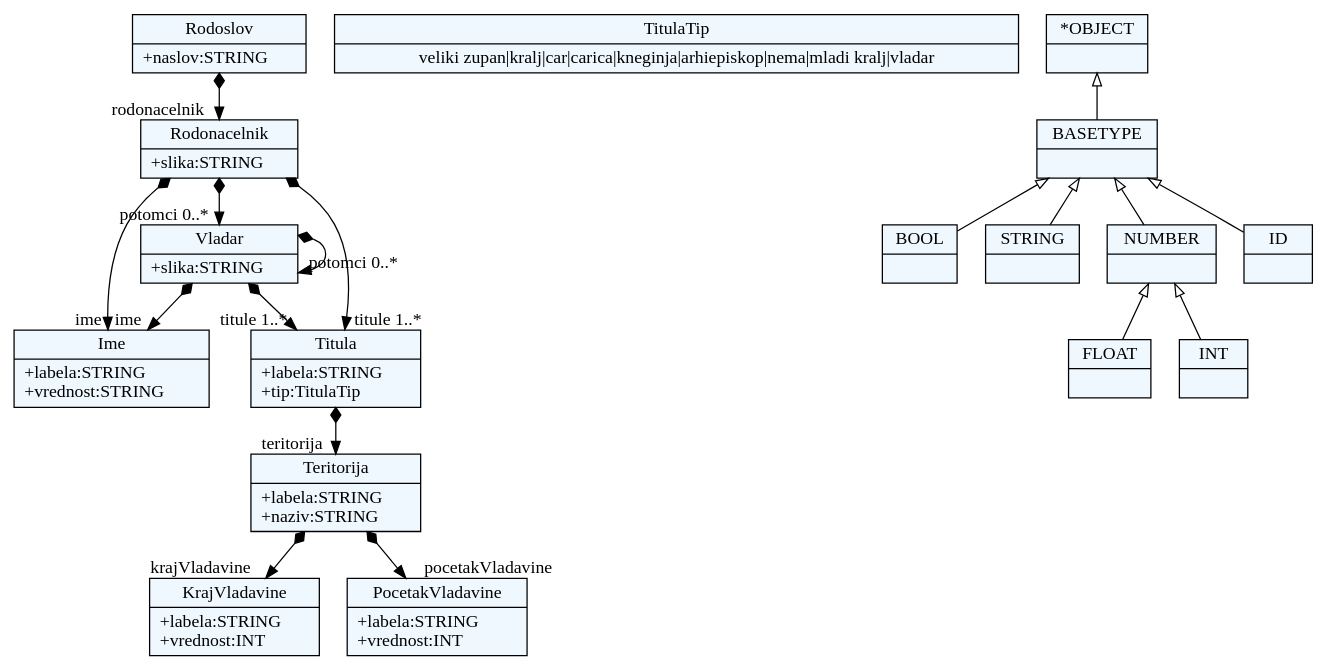
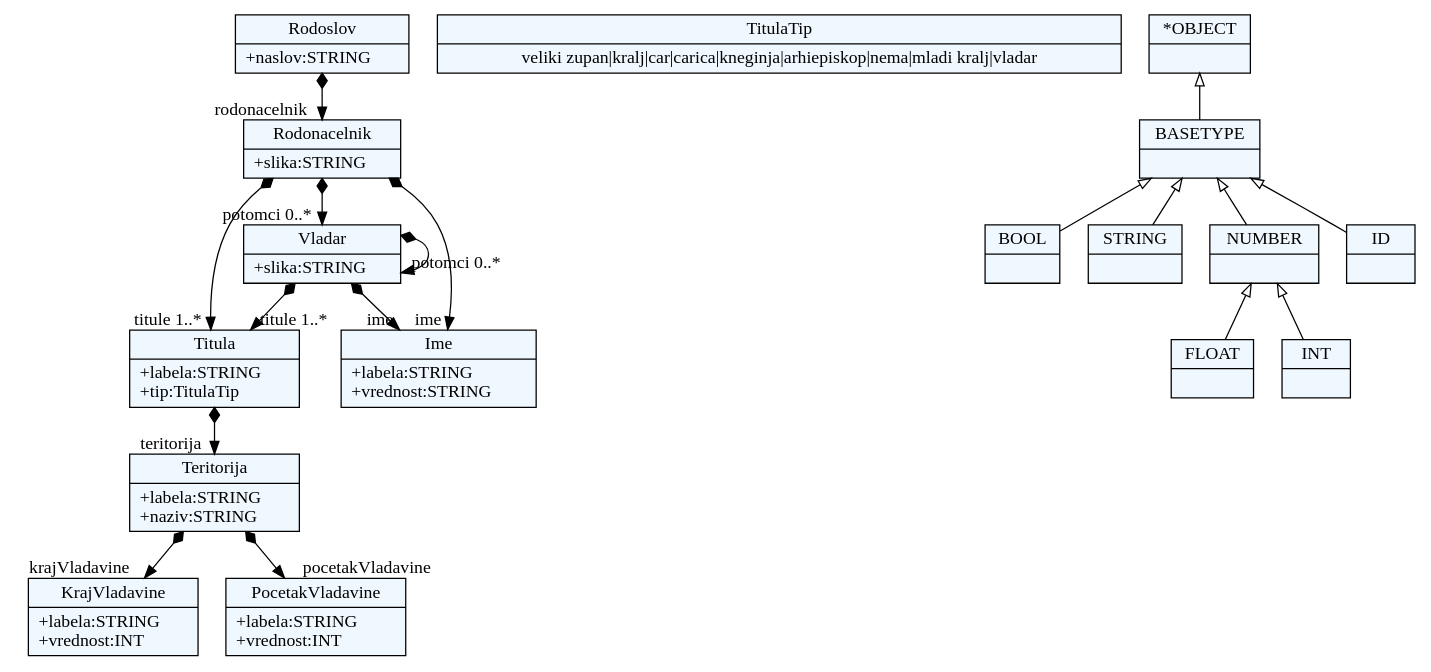
Before and after one commit to milenaL9/JSD_2017: the diagram in Projekat/forms/forms.dot, drawn with Graphviz. The commit also changed 9 other files, not shown here.

```diff
--- a/Projekat/forms/forms.dot
+++ b/Projekat/forms/forms.dot
@@ -1,66 +1,66 @@
 
     digraph xtext {
     fontname = "Bitstream Vera Sans"
     fontsize = 8
     node[
         shape=record,
         style=filled,
         fillcolor=aliceblue
     ]
     nodesep = 0.3
     edge[dir=black,arrowtail=empty]
 
 
-20931240 -> 20922744[arrowtail=diamond, dir=both, headlabel="rodonacelnik "]
-20931240[ label="{Rodoslov|+naslov:STRING\l}"]
+21377336 -> 21383000[arrowtail=diamond, dir=both, headlabel="teritorija "]
+21377336[ label="{Titula|+labela:STRING\l+tip:TitulaTip\l}"]
 
-52700536[ label="{KrajVladavine|+labela:STRING\l+vrednost:INT\l}"]
+21379224[ label="{KrajVladavine|+labela:STRING\l+vrednost:INT\l}"]
 
-20922744 -> 20941624[arrowtail=diamond, dir=both, headlabel="ime "]
-20922744 -> 52698648[arrowtail=diamond, dir=both, headlabel="titule 1..*"]
-20922744 -> 20938792[arrowtail=diamond, dir=both, headlabel="potomci 0..*"]
-20922744[ label="{Rodonacelnik|+slika:STRING\l}"]
+21366008 -> 21368840[arrowtail=diamond, dir=both, headlabel="rodonacelnik "]
+21366008[ label="{Rodoslov|+naslov:STRING\l}"]
 
-52704312 -> 52707144[arrowtail=diamond, dir=both, headlabel="pocetakVladavine "]
-52704312 -> 52700536[arrowtail=diamond, dir=both, headlabel="krajVladavine "]
-52704312[ label="{Teritorija|+labela:STRING\l+naziv:STRING\l}"]
+21380168[ label="{TitulaTip|veliki zupan\|kralj\|car\|carica\|kneginja\|arhiepiskop\|nema\|mladi kralj\|vladar}"]
 
-52701480[ label="{TitulaTip|veliki zupan\|kralj\|car\|carica\|kneginja\|arhiepiskop\|nema\|mladi kralj\|vladar}"]
+21374504[ label="{Ime|+labela:STRING\l+vrednost:STRING\l}"]
 
-20941624[ label="{Ime|+labela:STRING\l+vrednost:STRING\l}"]
+21385832[ label="{PocetakVladavine|+labela:STRING\l+vrednost:INT\l}"]
 
-52698648 -> 52704312[arrowtail=diamond, dir=both, headlabel="teritorija "]
-52698648[ label="{Titula|+labela:STRING\l+tip:TitulaTip\l}"]
+21371672 -> 21374504[arrowtail=diamond, dir=both, headlabel="ime "]
+21371672 -> 21377336[arrowtail=diamond, dir=both, headlabel="titule 1..*"]
+21371672 -> 21371672[arrowtail=diamond, dir=both, headlabel="potomci 0..*"]
+21371672[ label="{Vladar|+slika:STRING\l}"]
 
-52707144[ label="{PocetakVladavine|+labela:STRING\l+vrednost:INT\l}"]
+21383000 -> 21385832[arrowtail=diamond, dir=both, headlabel="pocetakVladavine "]
+21383000 -> 21379224[arrowtail=diamond, dir=both, headlabel="krajVladavine "]
+21383000[ label="{Teritorija|+labela:STRING\l+naziv:STRING\l}"]
 
-20938792 -> 20941624[arrowtail=diamond, dir=both, headlabel="ime "]
-20938792 -> 52698648[arrowtail=diamond, dir=both, headlabel="titule 1..*"]
-20938792 -> 20938792[arrowtail=diamond, dir=both, headlabel="potomci 0..*"]
-20938792[ label="{Vladar|+slika:STRING\l}"]
+21368840 -> 21374504[arrowtail=diamond, dir=both, headlabel="ime "]
+21368840 -> 21377336[arrowtail=diamond, dir=both, headlabel="titule 1..*"]
+21368840 -> 21371672[arrowtail=diamond, dir=both, headlabel="potomci 0..*"]
+21368840[ label="{Rodonacelnik|+slika:STRING\l}"]
 
-20929352[ label="{FLOAT|}"]
+51616120[ label="{BOOL|}"]
 
-20937848[ label="{*OBJECT|}"]
-20937848 -> 20935016 [dir=back]
+51621784[ label="{FLOAT|}"]
 
-20923688[ label="{BOOL|}"]
+21364120[ label="{*OBJECT|}"]
+21364120 -> 21361288 [dir=back]
 
-20926520[ label="{INT|}"]
+51613288[ label="{STRING|}"]
 
-20920856[ label="{STRING|}"]
+21361288[ label="{BASETYPE|}"]
+21361288 -> 51624616 [dir=back]
+21361288 -> 51616120 [dir=back]
+21361288 -> 51610456 [dir=back]
+21361288 -> 51613288 [dir=back]
 
-20935016[ label="{BASETYPE|}"]
-20935016 -> 20932184 [dir=back]
-20935016 -> 20923688 [dir=back]
-20935016 -> 20918024 [dir=back]
-20935016 -> 20920856 [dir=back]
+51624616[ label="{NUMBER|}"]
+51624616 -> 51621784 [dir=back]
+51624616 -> 51618952 [dir=back]
 
-20932184[ label="{NUMBER|}"]
-20932184 -> 20929352 [dir=back]
-20932184 -> 20926520 [dir=back]
+51618952[ label="{INT|}"]
 
-20918024[ label="{ID|}"]
+51610456[ label="{ID|}"]
 
 
 }
```
